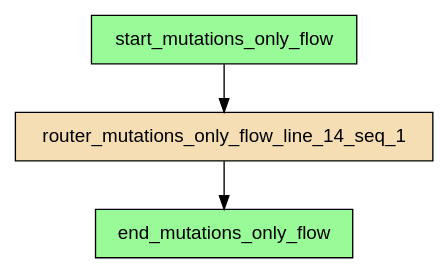
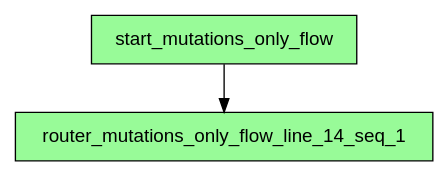
One commit to deliveryhero/asya changed the diagram in examples/flows/compiled/mutations_only/flow.dot. Above: the diagram before and after it, drawn with Graphviz. The commit also changed 339 other files, not shown here.

First line of the commit message:
feat(compiler): remove end_ router, add graph validation, visual improvements

```diff
--- a/examples/flows/compiled/mutations_only/flow.dot
+++ b/examples/flows/compiled/mutations_only/flow.dot
@@ -1,11 +1,9 @@
 digraph "mutations_only_flow" {
     rankdir=TB;
     node [shape=box, style=filled, fontname="Helvetica"];
 
-    end_mutations_only_flow [label="end_mutations_only_flow", fillcolor=palegreen];
-    router_mutations_only_flow_line_14_seq_1 [label="router_mutations_only_flow_line_14_seq_1", fillcolor=wheat];
+    router_mutations_only_flow_line_14_seq_1 [label="router_mutations_only_flow_line_14_seq_1", fillcolor=palegreen];
     start_mutations_only_flow [label="start_mutations_only_flow", fillcolor=palegreen];
 
     start_mutations_only_flow -> router_mutations_only_flow_line_14_seq_1;
-    router_mutations_only_flow_line_14_seq_1 -> end_mutations_only_flow;
 }
```
